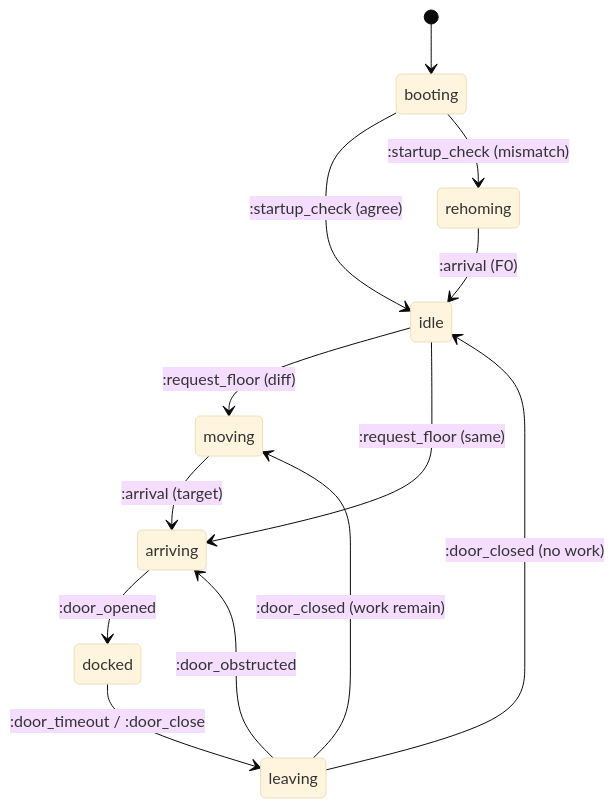
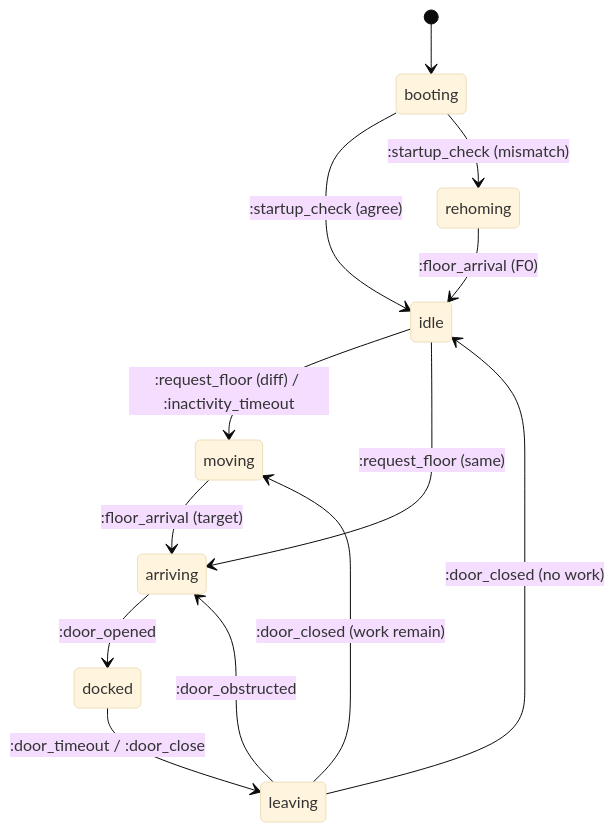
One commit to alesch/elevator changed the diagram in doc/states.md. Above: the diagram before and after it, drawn with Mermaid (base theme). The commit also changed other lines of this file, not shown here.

````diff
--- a/doc/states.md
+++ b/doc/states.md
@@ -55,22 +70,22 @@
 ```mermaid
 stateDiagram-v2
     [*] --> booting
     
     booting --> idle : :startup_check (agree)
     booting --> rehoming : :startup_check (mismatch)
     
-    rehoming --> idle : :arrival (F0)
+    rehoming --> idle : :floor_arrival (F0)
     
-    idle --> moving : :request_floor (diff)
+    idle --> moving : :request_floor (diff) / :inactivity_timeout
     idle --> arriving : :request_floor (same)
     
-    moving --> arriving : :arrival (target)
+    moving --> arriving : :floor_arrival (target)
     
     arriving --> docked : :door_opened
     
     docked --> leaving : :door_timeout / :door_close
     
     leaving --> moving : :door_closed (work remain)
     leaving --> idle : :door_closed (no work)
     leaving --> arriving : :door_obstructed
 ```
````
